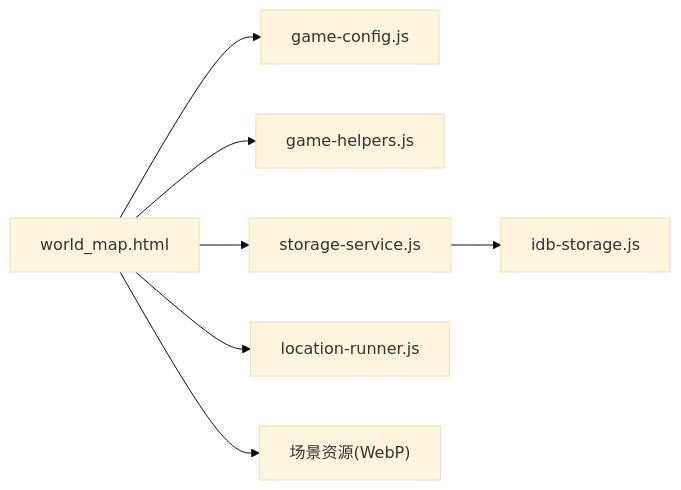
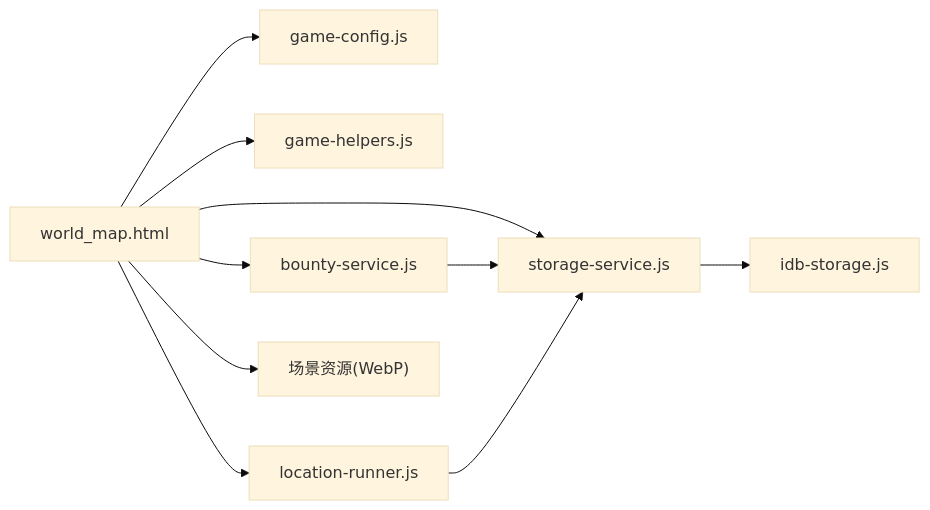
Before and after one commit to Ji-Haitang/char_card_1: the fourth of 4 diagrams in .qoder/repowiki/zh/content/世界探索系统/世界地图.md, drawn with Mermaid (base theme). The commit also changed other lines of this file and 45 other files, not shown here.

````diff
--- a/.qoder/repowiki/zh/content/世界探索系统/世界地图.md
+++ b/.qoder/repowiki/zh/content/世界探索系统/世界地图.md
@@ -272,9 +329,12 @@
 ```mermaid
 graph LR
 WM["world_map.html"] --> GC["game-config.js"]
 WM --> GH["game-helpers.js"]
 WM --> SS["storage-service.js"]
 SS --> IS["idb-storage.js"]
 WM --> LR["location-runner.js"]
+WM --> BS["bounty-service.js"]
 WM --> RES["场景资源(WebP)"]
+BS --> SS
+LR --> SS
 ```
````
